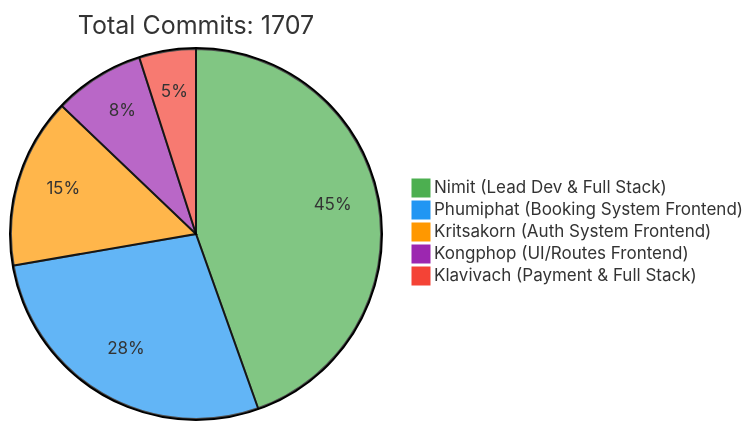
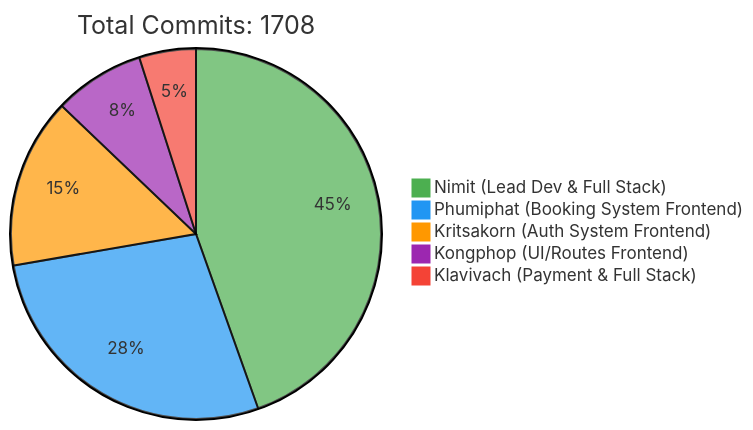
The first of 2 diagrams in README.md (6531503042/Sport-Complex), drawn with Mermaid before and after one commit. The commit also changed other lines of this file, not shown here.

Commit message:
docs: Update contributor statistics [skip ci]

````diff
--- a/README.md
+++ b/README.md
@@ -257,10 +257,10 @@
 ```mermaid
 %%{init: {'theme': 'base', 'themeVariables': { 'pie1': '#4CAF50', 'pie2': '#2196F3', 'pie3': '#FF9800', 'pie4': '#9C27B0', 'pie5': '#F44336'}}}%%
 pie
-    title Total Commits: 1707
+    title Total Commits: 1708
     "Nimit (Lead Dev & Full Stack)" : 450
     "Phumiphat (Booking System Frontend)" : 280
     "Kritsakorn (Auth System Frontend)" : 150
     "Kongphop (UI/Routes Frontend)" : 80
     "Klavivach (Payment & Full Stack)" : 50
 ```
````
